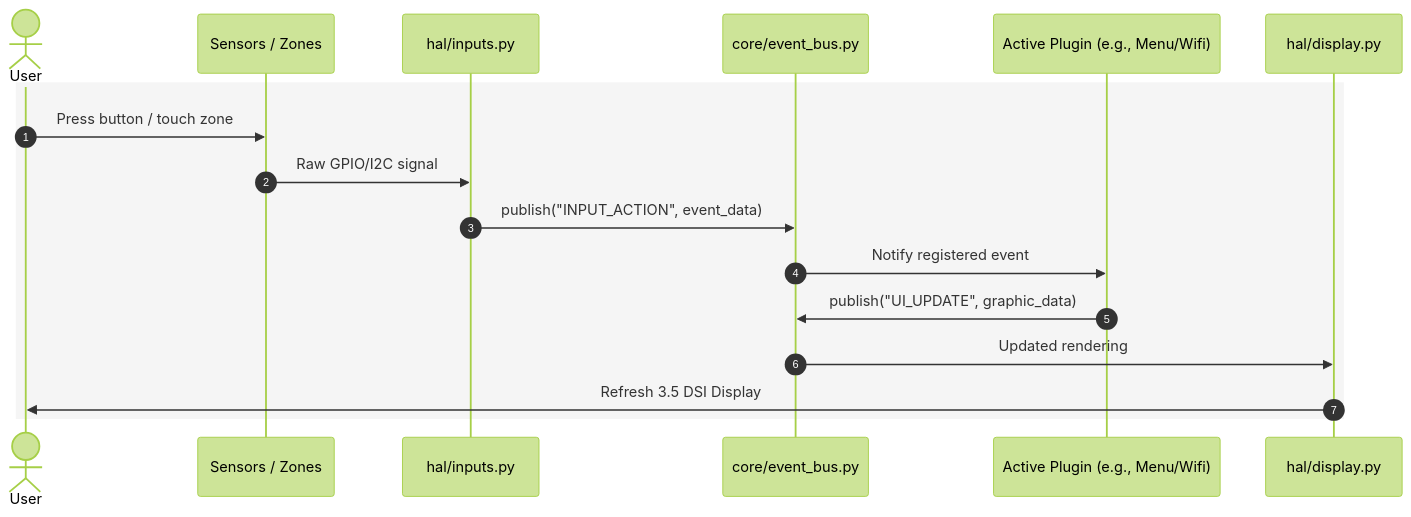
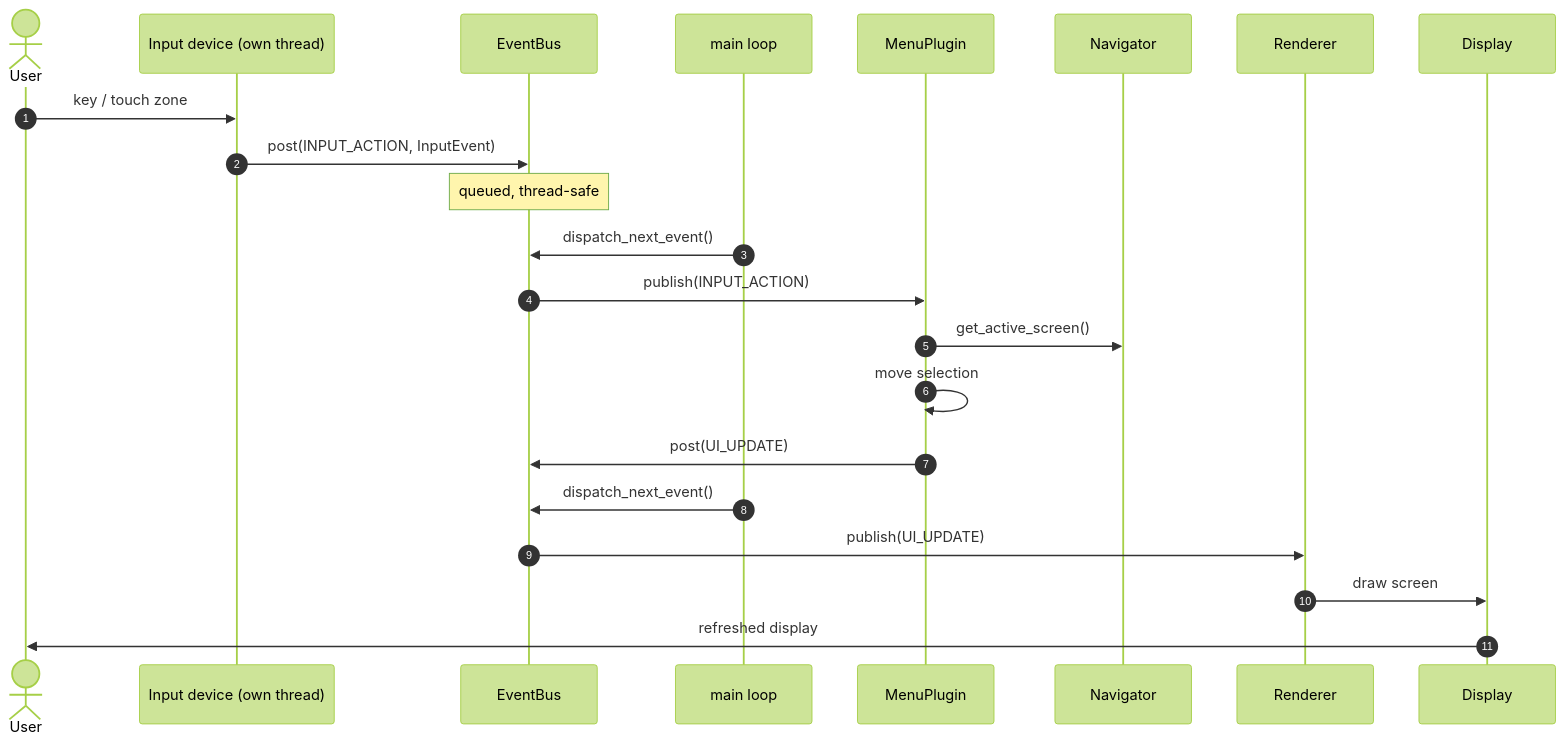
One commit to A-Dann/Antonino-TuttoFare_PI3bplus changed the second of 2 diagrams in docs/architecture.md. Above: the diagram before and after it, drawn with Mermaid (forest theme). The commit also changed other lines of this file, not shown here.

First line of the commit message:
Update architecture docs for queue, context and navigator

````diff
--- a/docs/architecture.md
+++ b/docs/architecture.md
@@ -38,20 +59,25 @@
 ```mermaid
-    sequenceDiagram
+sequenceDiagram
     autonumber
-    actor User as User
-    participant Strip as Sensors / Zones
-    participant HalInput as hal/inputs.py
-    participant Bus as core/event_bus.py
-    participant Plugin as Active Plugin (e.g., Menu/Wifi)
-    participant HalDisp as hal/display.py
+    actor User
+    participant Device as Input device (own thread)
+    participant Bus as EventBus
+    participant Main as main loop
+    participant Menu as MenuPlugin
+    participant Nav as Navigator
+    participant Render as Renderer
+    participant Disp as Display
 
-    rect rgb(245, 245, 245)
-        User->>Strip: Press button / touch zone
-        Strip->>HalInput: Raw GPIO/I2C signal
-        HalInput->>Bus: publish("INPUT_ACTION", event_data)
-        Bus->>Plugin: Notify registered event
-        Plugin->>Bus: publish("UI_UPDATE", graphic_data)
-        Bus->>HalDisp: Updated rendering
-        HalDisp->>User: Refresh 3.5 DSI Display
-    end
+    User->>Device: key / touch zone
+    Device->>Bus: post(INPUT_ACTION, InputEvent)
+    Note over Bus: queued, thread-safe
+    Main->>Bus: dispatch_next_event()
+    Bus->>Menu: publish(INPUT_ACTION)
+    Menu->>Nav: get_active_screen()
+    Menu->>Menu: move selection
+    Menu->>Bus: post(UI_UPDATE)
+    Main->>Bus: dispatch_next_event()
+    Bus->>Render: publish(UI_UPDATE)
+    Render->>Disp: draw screen
+    Disp->>User: refreshed display
 ```
````
